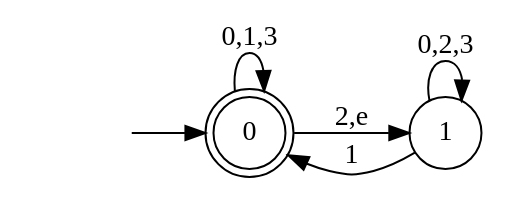
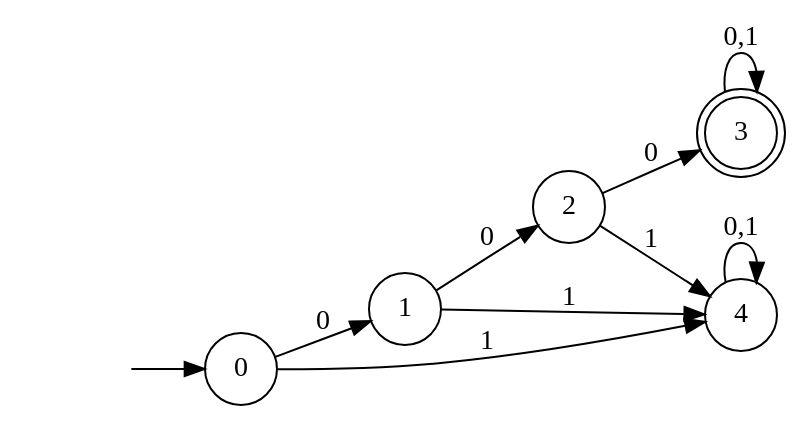
Before and after one commit to Umato/computer_practices: the diagram in NFA/NFA1.gv, drawn with Graphviz. The commit also changed 11 other files, not shown here.

```diff
--- a/NFA/NFA1.gv
+++ b/NFA/NFA1.gv
@@ -1,11 +1,15 @@
 digraph finite_state_machine{
 	rankdir=LR;
-	node [shape = doublecircle]; 0;
+	node [shape = doublecircle]; 3;
 	node [shape = circle];
 	init [shape=none, label=""];
 	init -> 0;
-	0 -> 0 [label = "0,1,3"];
-	0 -> 1 [label = "2,e"];
-	1 -> 0 [label = "1"];
-	1 -> 1 [label = "0,2,3"];
+	0 -> 1 [label = "0"];
+	0 -> 4 [label = "1"];
+	1 -> 2 [label = "0"];
+	1 -> 4 [label = "1"];
+	2 -> 3 [label = "0"];
+	2 -> 4 [label = "1"];
+	3 -> 3 [label = "0,1"];
+	4 -> 4 [label = "0,1"];
 }
```
